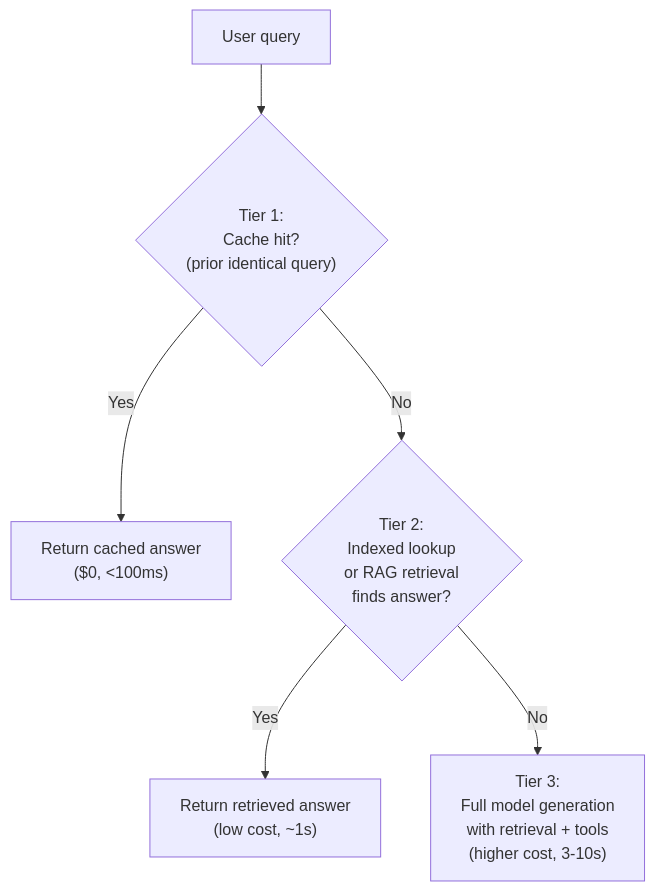
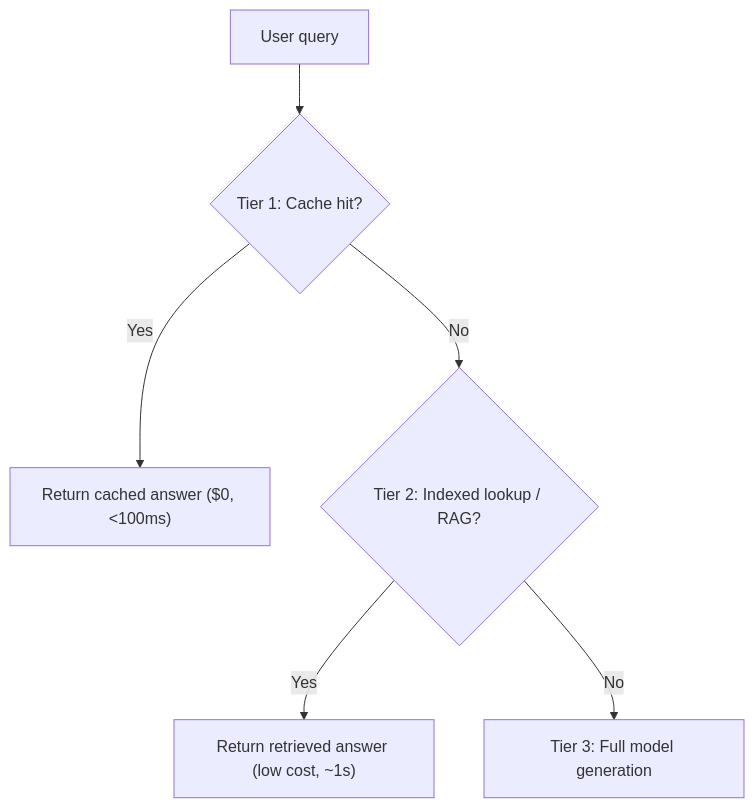
The second of 2 diagrams in module-07-rag.md (mjac-yue/ai-architecture-for-pms), drawn with Mermaid before and after one commit. The commit also changed other lines of this file and 15 other files, not shown here.

First line of the commit message:
Remove HTML tags from Mermaid node labels for Obsidian compatibility

````diff
--- a/module-07-rag.md
+++ b/module-07-rag.md
@@ -72,8 +72,8 @@
 ```mermaid
 flowchart TD
-    Q["User query"] --> T1{"Tier 1:<br>Cache hit?<br>(prior identical query)"}
-    T1 -- "Yes" --> R1["Return cached answer<br>($0, <100ms)"]
-    T1 -- "No" --> T2{"Tier 2:<br>Indexed lookup<br>or RAG retrieval<br>finds answer?"}
-    T2 -- "Yes" --> R2["Return retrieved answer<br>(low cost, ~1s)"]
-    T2 -- "No" --> T3["Tier 3:<br>Full model generation<br>with retrieval + tools<br>(higher cost, 3-10s)"]
+    Q["User query"] --> T1{"Tier 1: Cache hit?"}
+    T1 -- "Yes" --> R1["Return cached answer ($0, <100ms)"]
+    T1 -- "No" --> T2{"Tier 2: Indexed lookup / RAG?"}
+    T2 -- "Yes" --> R2["Return retrieved answer (low cost, ~1s)"]
+    T2 -- "No" --> T3["Tier 3: Full model generation"]
 ```
````
